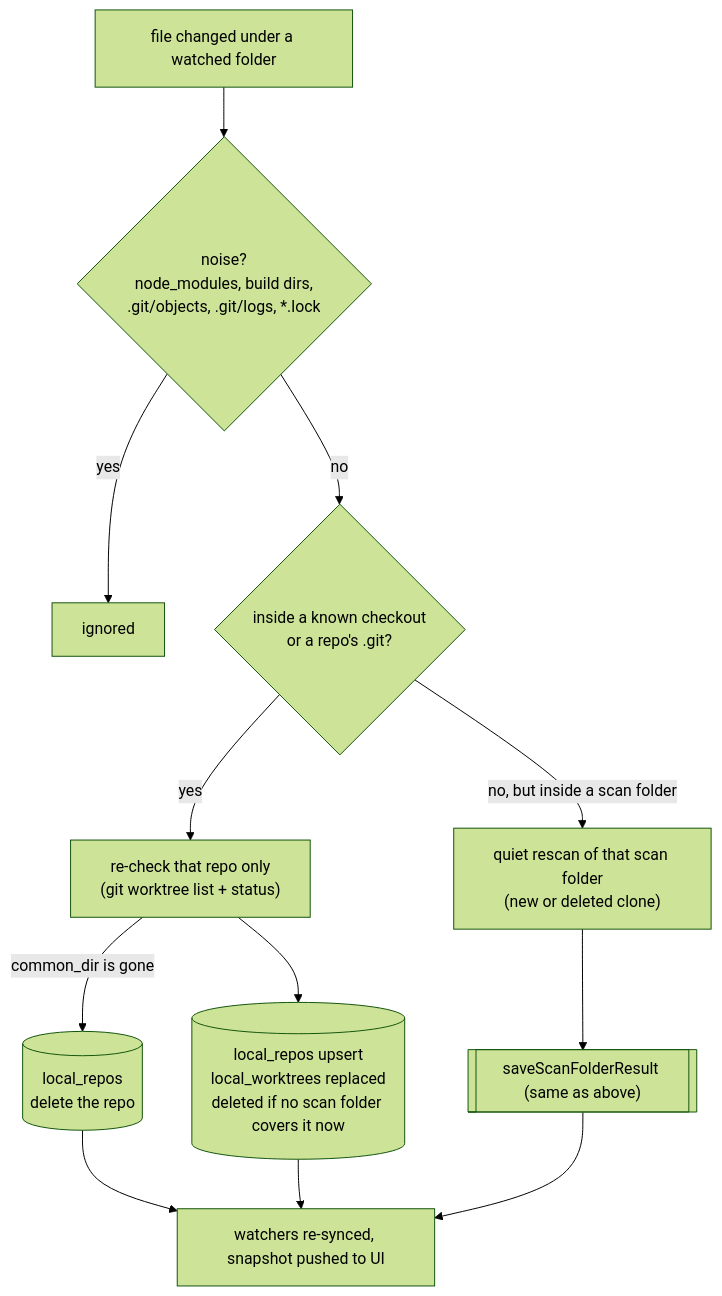
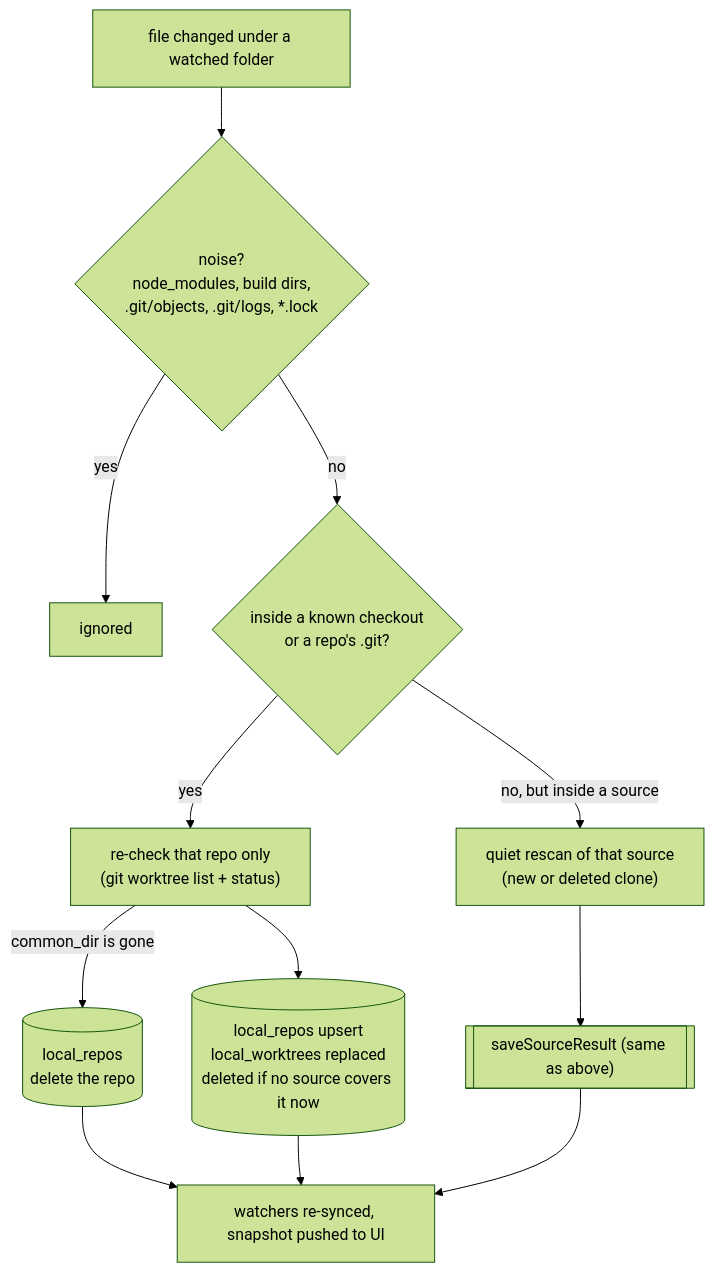
Before and after one commit to idotalmor/the-garage-desktop-rn: the third of 3 diagrams in src/main/local-repos/db/tables/README.md, drawn with Mermaid (forest theme). The commit also changed other lines of this file and 16 other files, not shown here.

````diff
--- a/src/main/local-repos/db/tables/README.md
+++ b/src/main/local-repos/db/tables/README.md
@@ -112,14 +112,14 @@
 ```mermaid
 flowchart TD
   W[file changed under a watched folder] --> N{"noise?<br/>node_modules, build dirs,<br/>.git/objects, .git/logs, *.lock"}
   N -- yes --> X[ignored]
   N -- no --> K{"inside a known checkout<br/>or a repo's .git?"}
   K -- yes --> R["re-check that repo only<br/>(git worktree list + status)"]
-  R --> R1[(local_repos upsert<br/>local_worktrees replaced<br/>deleted if no scan folder covers it now)]
+  R --> R1[(local_repos upsert<br/>local_worktrees replaced<br/>deleted if no source covers it now)]
   R -- common_dir is gone --> D[(local_repos<br/>delete the repo)]
   D --> U
-  K -- no, but inside a scan folder --> S["quiet rescan of that scan folder<br/>(new or deleted clone)"]
-  S --> I[["saveScanFolderResult (same as above)"]]
+  K -- no, but inside a source --> S["quiet rescan of that source<br/>(new or deleted clone)"]
+  S --> I[["saveSourceResult (same as above)"]]
   R1 --> U[watchers re-synced, snapshot pushed to UI]
   I --> U
 ```
````
